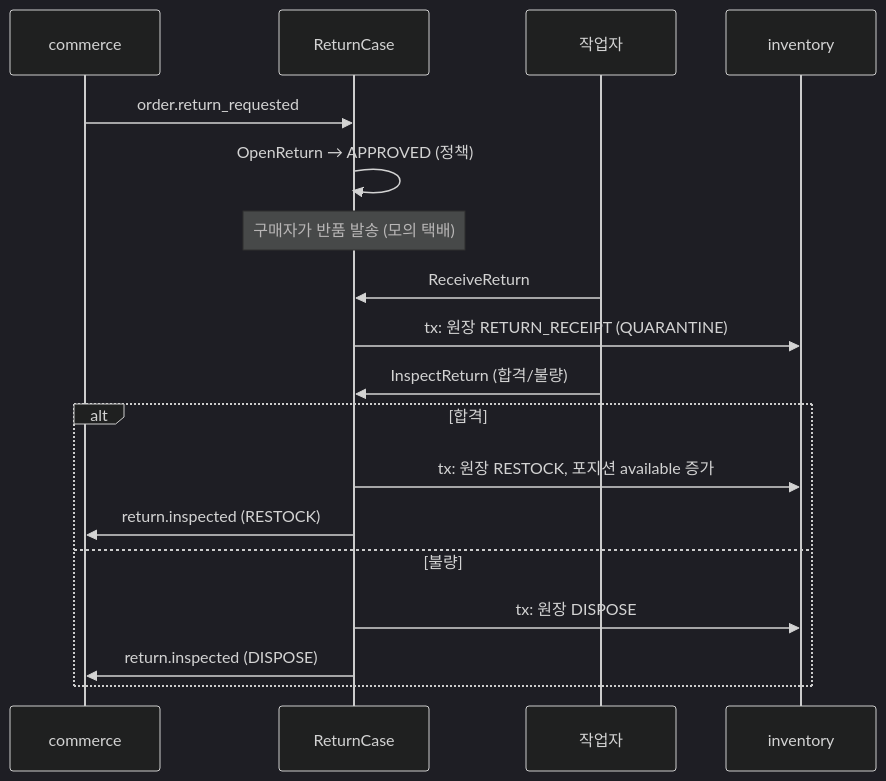
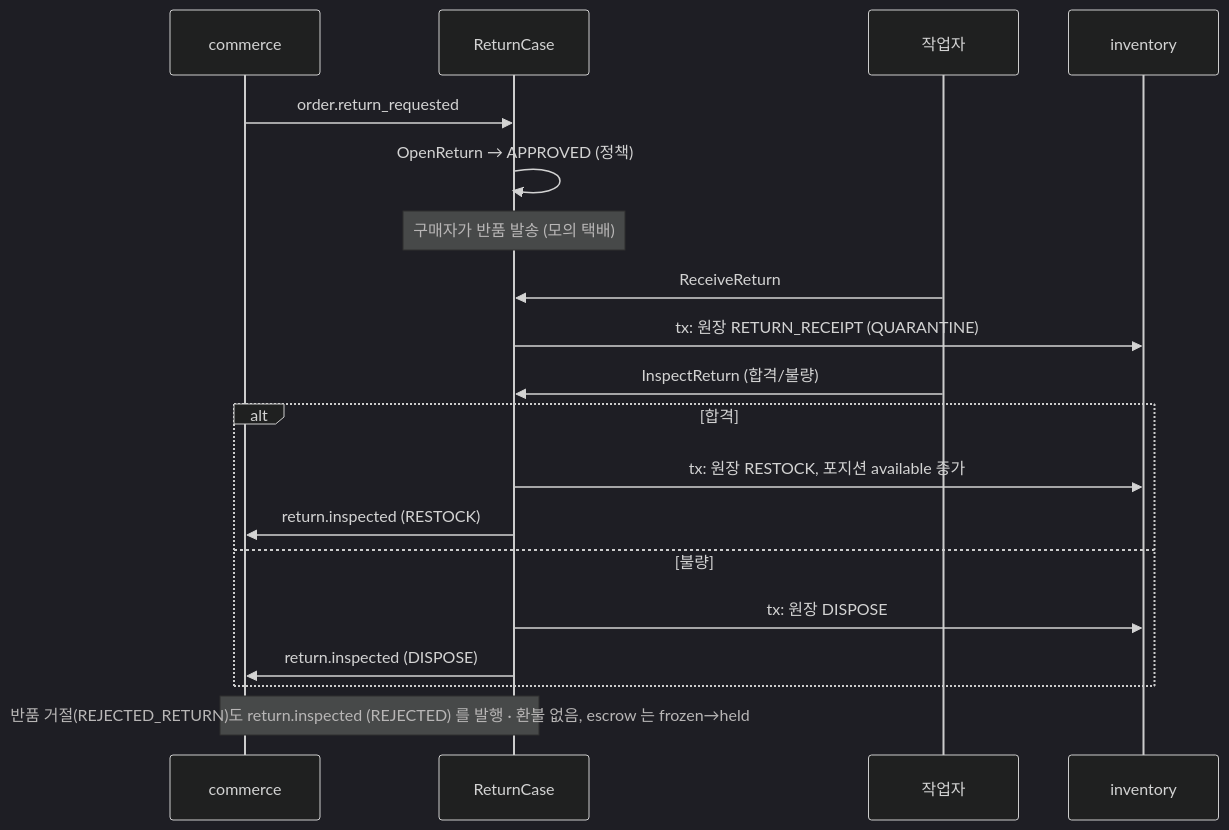
Diagram 17 of 21 in docs/design/phases/03-fulfillment.md (1985jwlee/portpolio_backend), drawn with Mermaid (dark theme) before and after one commit. The commit also changed other lines of this file and 50 other files, not shown here.

````diff
--- a/docs/design/phases/03-fulfillment.md
+++ b/docs/design/phases/03-fulfillment.md
@@ -1151,20 +1151,21 @@
 ```mermaid
 sequenceDiagram
     participant P2 as commerce
     participant RC as ReturnCase
     participant W as 작업자
     participant INV as inventory
     P2->>RC: order.return_requested
     RC->>RC: OpenReturn → APPROVED (정책)
     Note over RC: 구매자가 반품 발송 (모의 택배)
     W->>RC: ReceiveReturn
     RC->>INV: tx: 원장 RETURN_RECEIPT (QUARANTINE)
     W->>RC: InspectReturn (합격/불량)
     alt 합격
         RC->>INV: tx: 원장 RESTOCK, 포지션 available 증가
         RC->>P2: return.inspected (RESTOCK)
     else 불량
         RC->>INV: tx: 원장 DISPOSE
         RC->>P2: return.inspected (DISPOSE)
     end
+    Note over RC,P2: 반품 거절(REJECTED_RETURN)도 return.inspected (REJECTED) 를 발행 · 환불 없음, escrow 는 frozen→held
 ```
````
